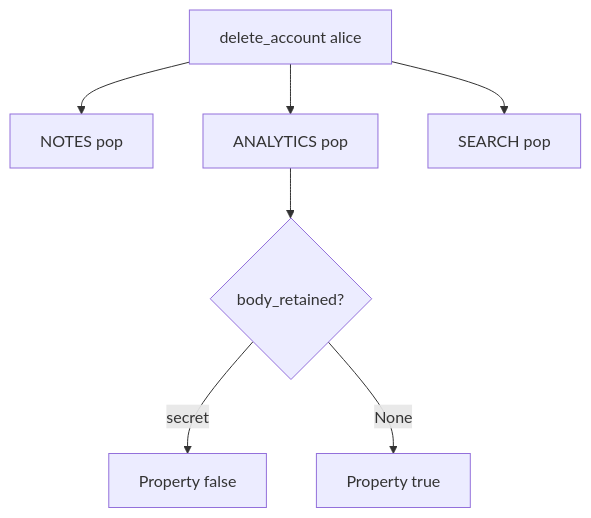
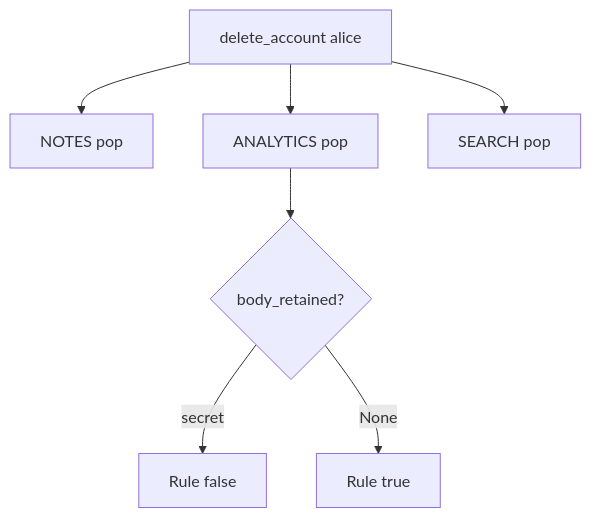
The diagram in content/modules/5/5.1/lessons/04-build.md (ishitvagoel/LearnSecurity), drawn with Mermaid before and after one commit. The commit also changed other lines of this file and 39 other files, not shown here.

````diff
--- a/content/modules/5/5.1/lessons/04-build.md
+++ b/content/modules/5/5.1/lessons/04-build.md
@@ -15,9 +16,9 @@
 ```mermaid
 flowchart TD
   Call["delete_account alice"] --> N[NOTES pop]
   Call --> A[ANALYTICS pop]
   Call --> S[SEARCH pop]
   A --> Check{"body_retained?"}
-  Check -->|secret| Fail[Property false]
-  Check -->|None| Pass[Property true]
+  Check -->|secret| Fail[Rule false]
+  Check -->|None| Pass[Rule true]
 ```
````
